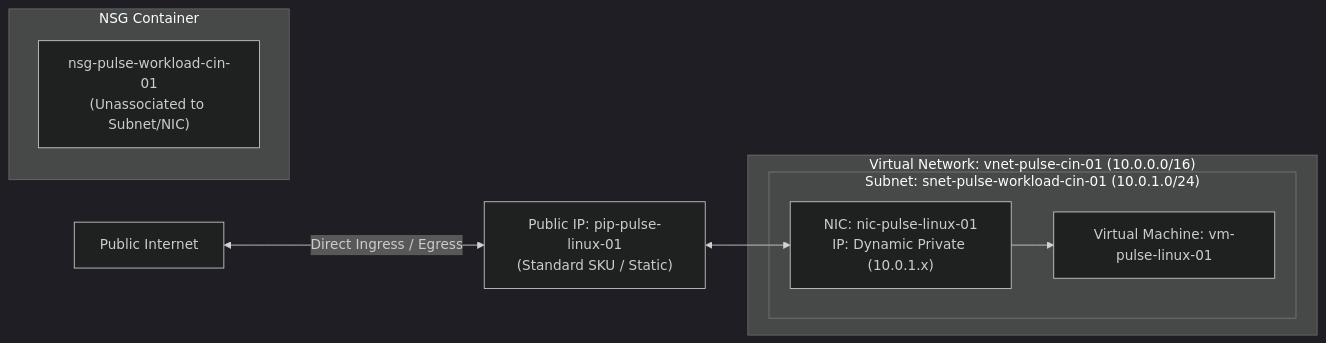
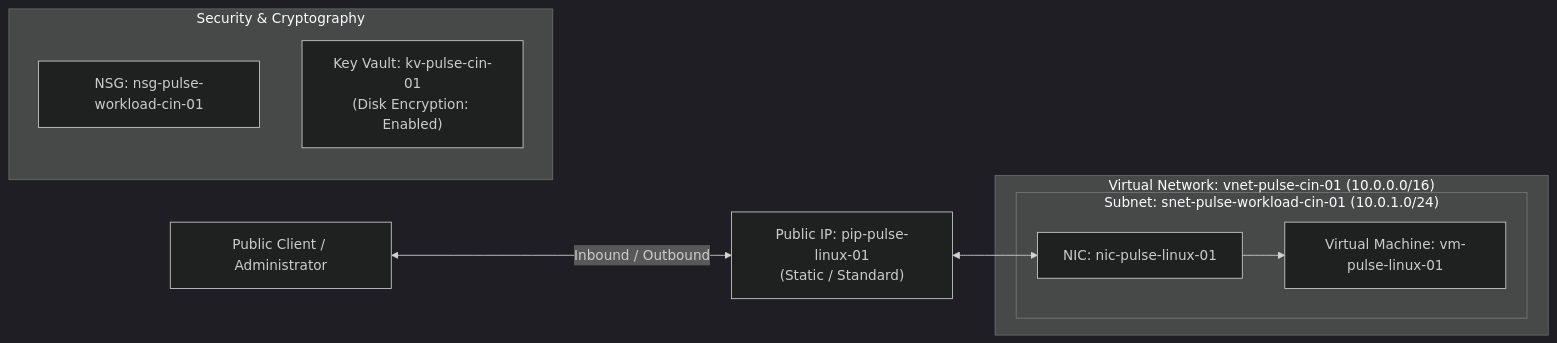
The third of 5 diagrams in architecture/azure-high-level-design.md (pahujarvp/pulse-terraform), drawn with Mermaid (dark theme) before and after one commit. The commit also changed other lines of this file and 6 other files, not shown here.

Commit message:
docs: update architecture showcase documentation and diagrams

````diff
--- a/architecture/azure-high-level-design.md
+++ b/architecture/azure-high-level-design.md
@@ -105,15 +112,16 @@
 ```mermaid
 flowchart LR
-    Internet["Public Internet"] <-->|Direct Ingress / Egress| PIP["Public IP: pip-pulse-linux-01<br/>(Standard SKU / Static)"]
-    PIP <--> NIC["NIC: nic-pulse-linux-01<br/>IP: Dynamic Private (10.0.1.x)"]
+    Client["Public Client / Administrator"] <-->|Inbound / Outbound| PIP["Public IP: pip-pulse-linux-01<br/>(Static / Standard)"]
+    PIP <--> NIC["NIC: nic-pulse-linux-01"]
 
-    subgraph VNET["Virtual Network: vnet-pulse-cin-01 (10.0.0.0/16)"]
+    subgraph VNet["Virtual Network: vnet-pulse-cin-01 (10.0.0.0/16)"]
         subgraph Subnet["Subnet: snet-pulse-workload-cin-01 (10.0.1.0/24)"]
             NIC --> VM["Virtual Machine: vm-pulse-linux-01"]
         end
     end
 
-    subgraph SecurityContainer["NSG Container"]
-        NSG["nsg-pulse-workload-cin-01<br/>(Unassociated to Subnet/NIC)"]
+    subgraph Security_Plane["Security & Cryptography"]
+        NSG["NSG: nsg-pulse-workload-cin-01"]
+        KV["Key Vault: kv-pulse-cin-01<br/>(Disk Encryption: Enabled)"]
     end
 ```
````
